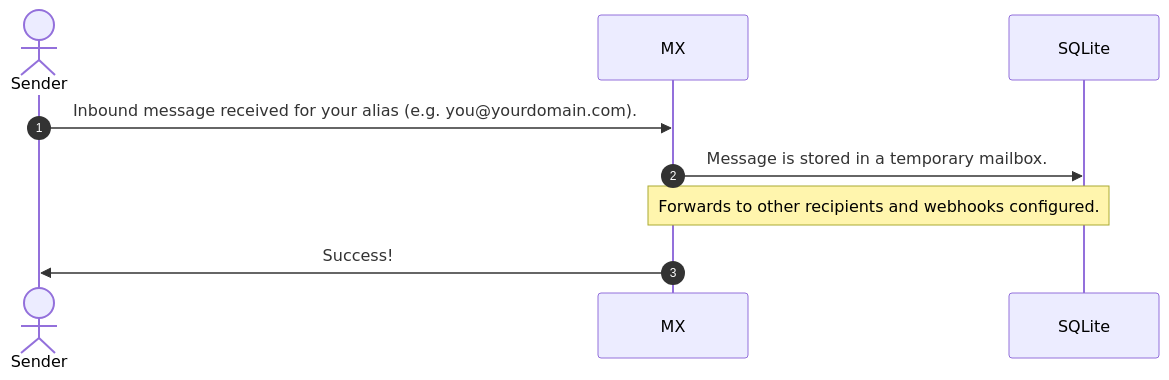
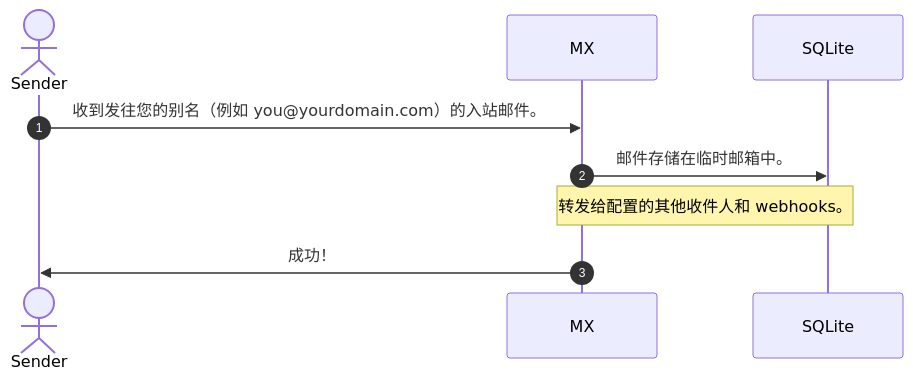
One commit to forwardemail/forwardemail.net changed the first of 2 diagrams in app/views/docs/best-quantum-safe-encrypted-email-service/index-zh.md. Above: the diagram before and after it, drawn with Mermaid. The commit also changed other lines of this file and 1055 other files, not shown here.

````diff
--- a/app/views/docs/best-quantum-safe-encrypted-email-service/index-zh.md
+++ b/app/views/docs/best-quantum-safe-encrypted-email-service/index-zh.md
@@ -66,9 +69,9 @@
      ```mermaid
      sequenceDiagram
          autonumber
          actor Sender
-         Sender->>MX: Inbound message received for your alias (e.g. you@yourdomain.com).
-         MX->>SQLite: Message is stored in a temporary mailbox.
-         Note over MX,SQLite: Forwards to other recipients and webhooks configured.
-         MX->>Sender: Success!
+         Sender->>MX: 收到发往您的别名（例如 you@yourdomain.com）的入站邮件。
+         MX->>SQLite: 邮件存储在临时邮箱中。
+         Note over MX,SQLite: 转发给配置的其他收件人和 webhooks。
+         MX->>Sender: 成功！
      ```
````
